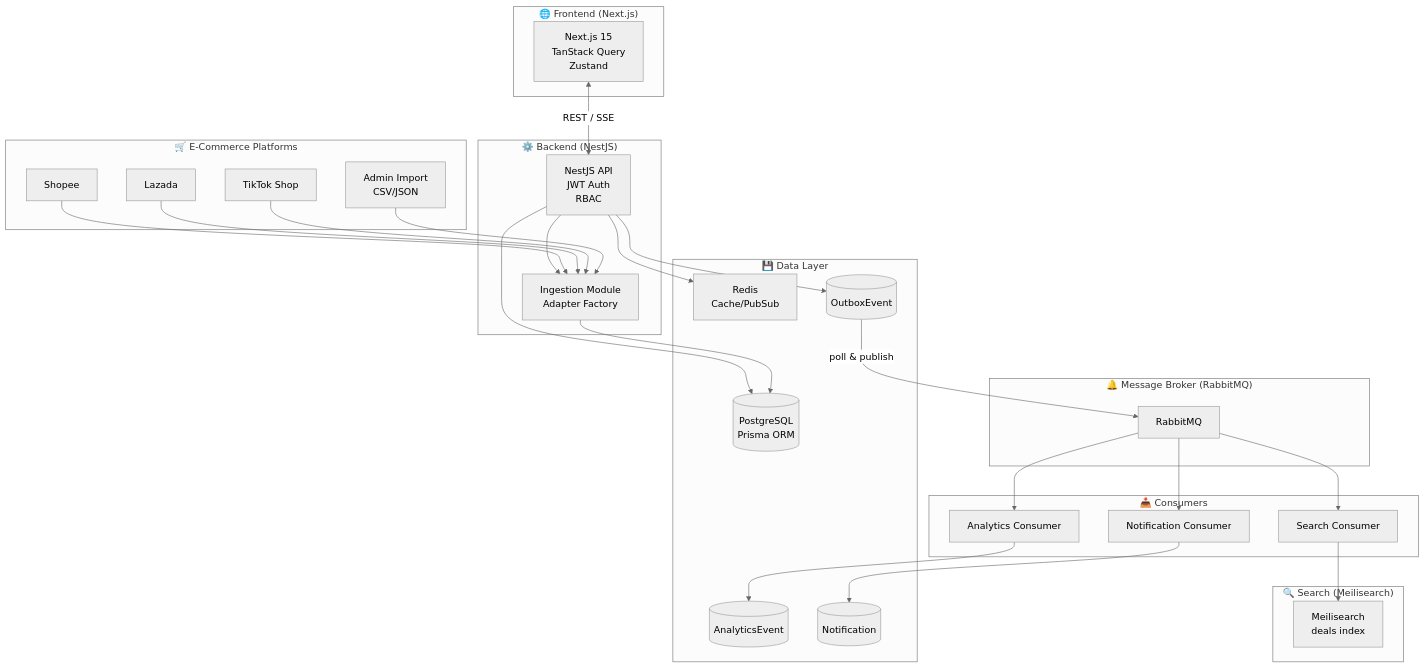
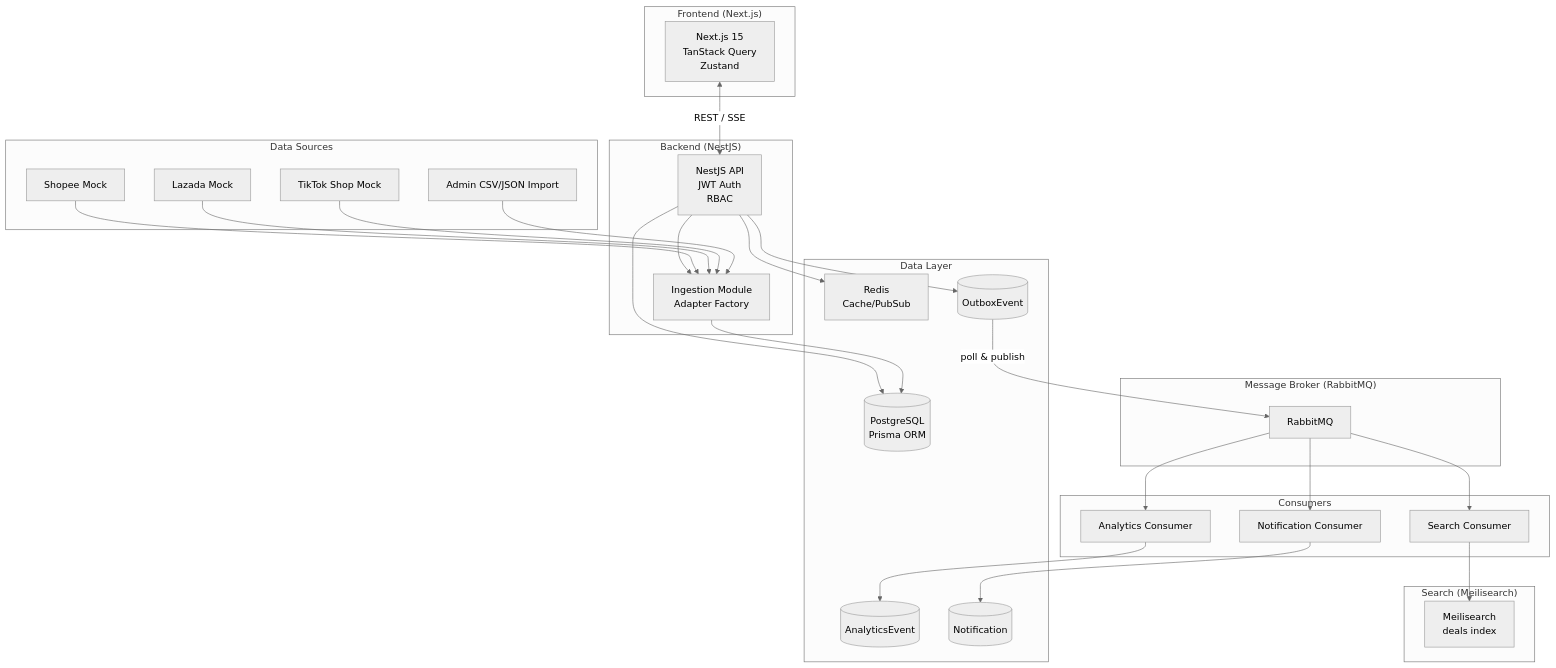
One commit to JunnDung/DealXin changed the diagram in README.md. Above: the diagram before and after it, drawn with Mermaid (neutral theme). The commit also changed other lines of this file and 53 other files, not shown here.

````diff
--- a/README.md
+++ b/README.md
@@ -69,70 +64,59 @@
 ```mermaid
 flowchart TB
-    subgraph Frontend["🌐 Frontend (Next.js)"]
+    subgraph Frontend["Frontend (Next.js)"]
         WEB[Next.js 15<br/>TanStack Query<br/>Zustand]
     end
 
-    subgraph Backend["⚙️ Backend (NestJS)"]
+    subgraph Backend["Backend (NestJS)"]
         API[NestJS API<br/>JWT Auth<br/>RBAC]
         INGEST[Ingestion Module<br/>Adapter Factory]
 
         API --> INGEST
     end
 
-    subgraph Database["💾 Data Layer"]
+    subgraph DataLayer["Data Layer"]
         PG[(PostgreSQL<br/>Prisma ORM)]
         REDIS[Redis<br/>Cache/PubSub]
         OUTBOX[(OutboxEvent)]
         ANALYTICS[(AnalyticsEvent)]
         NOTIFS[(Notification)]
     end
 
-    subgraph MessageBroker["🔔 Message Broker (RabbitMQ)"]
+    subgraph Broker["Message Broker (RabbitMQ)"]
         RMQ[RabbitMQ]
     end
 
-    subgraph Consumers["📥 Consumers"]
+    subgraph Consumers["Consumers"]
         SEARCH_CON[Search Consumer]
         NOTIF_CON[Notification Consumer]
         ANALYTICS_CON[Analytics Consumer]
     end
 
-    subgraph Search["🔍 Search (Meilisearch)"]
+    subgraph SearchEngine["Search (Meilisearch)"]
         MEILI[Meilisearch<br/>deals index]
     end
 
-    subgraph Platforms["🛒 E-Commerce Platforms"]
-        SHOPEE[Shopee]
-        LAZADA[Lazada]
-        TIKTOK[TikTok Shop]
-        ADMIN[Admin Import<br/>CSV/JSON]
+    subgraph Platforms["Data Sources"]
+        SHOPEE[Shopee Mock]
+        LAZADA[Lazada Mock]
+        TIKTOK[TikTok Shop Mock]
+        ADMIN[Admin CSV/JSON Import]
     end
 
-    %% Frontend → Backend
     WEB <-->|"REST / SSE"| API
-
-    %% Backend → Database
     API --> PG
     API --> REDIS
     API --> OUTBOX
-
-    %% Outbox → RabbitMQ
     OUTBOX -->|"poll & publish"| RMQ
-
-    %% RabbitMQ → Consumers
     RMQ --> SEARCH_CON
     RMQ --> NOTIF_CON
     RMQ --> ANALYTICS_CON
-
-    %% Consumers → External
     SEARCH_CON --> MEILI
     NOTIF_CON --> NOTIFS
     ANALYTICS_CON --> ANALYTICS
-
-    %% Platforms → Ingestion
     SHOPEE --> INGEST
     LAZADA --> INGEST
     TIKTOK --> INGEST
     ADMIN --> INGEST
     INGEST --> PG
 ```
````
